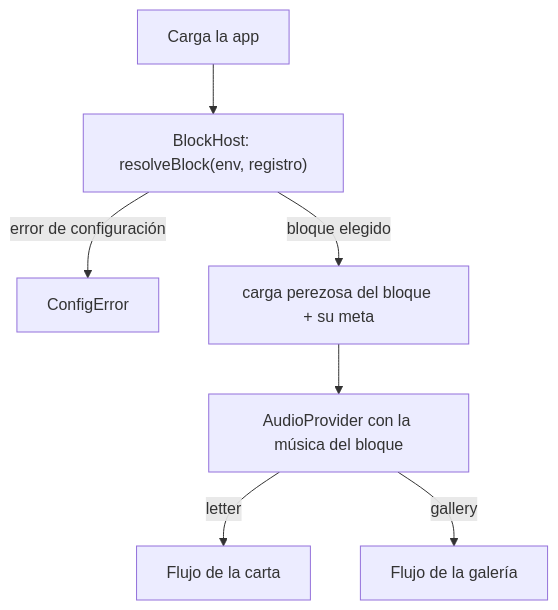
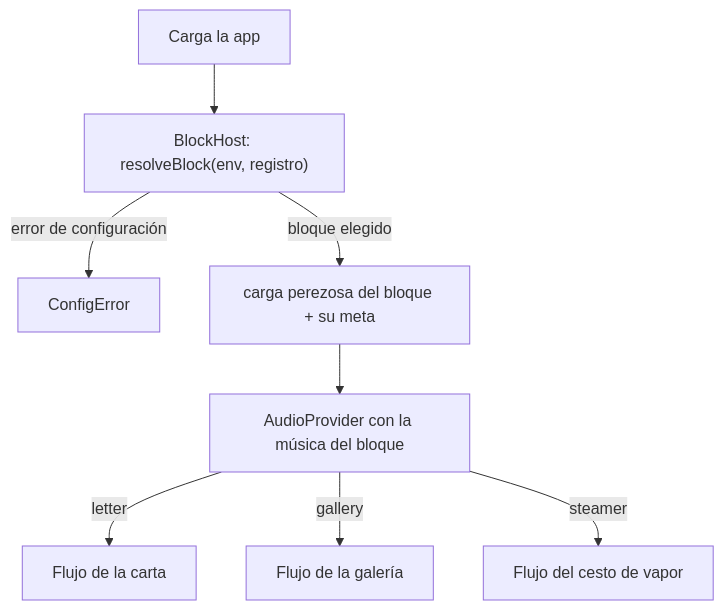
One commit to JHONZ-01/Proyect_love changed the first of 6 diagrams in docs/FLUJO.md. Above: the diagram before and after it, drawn with Mermaid. The commit also changed other lines of this file and 41 other files, not shown here.

````diff
--- a/docs/FLUJO.md
+++ b/docs/FLUJO.md
@@ -5,9 +5,10 @@
 ```mermaid
 flowchart TD
     A[Carga la app] --> B["BlockHost: resolveBlock(env, registro)"]
     B -->|error de configuración| E[ConfigError]
     B -->|bloque elegido| C["carga perezosa del bloque + su meta"]
     C --> D["AudioProvider con la música del bloque"]
     D -->|"letter"| L[Flujo de la carta]
     D -->|"gallery"| G[Flujo de la galería]
+    D -->|"steamer"| S[Flujo del cesto de vapor]
 ```
````
